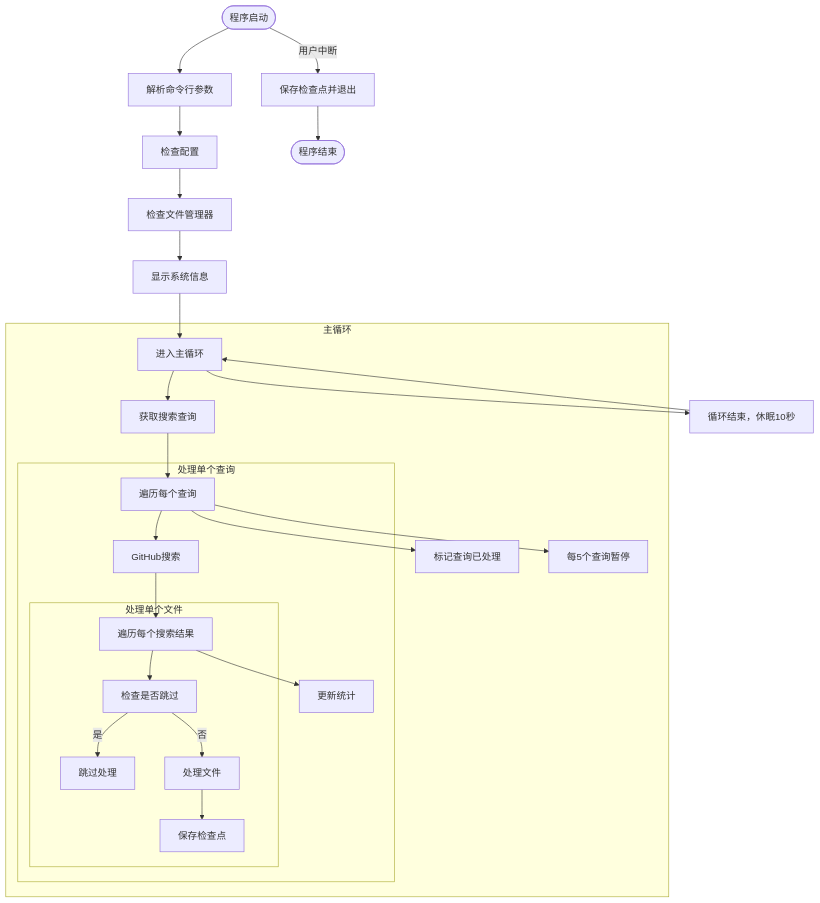
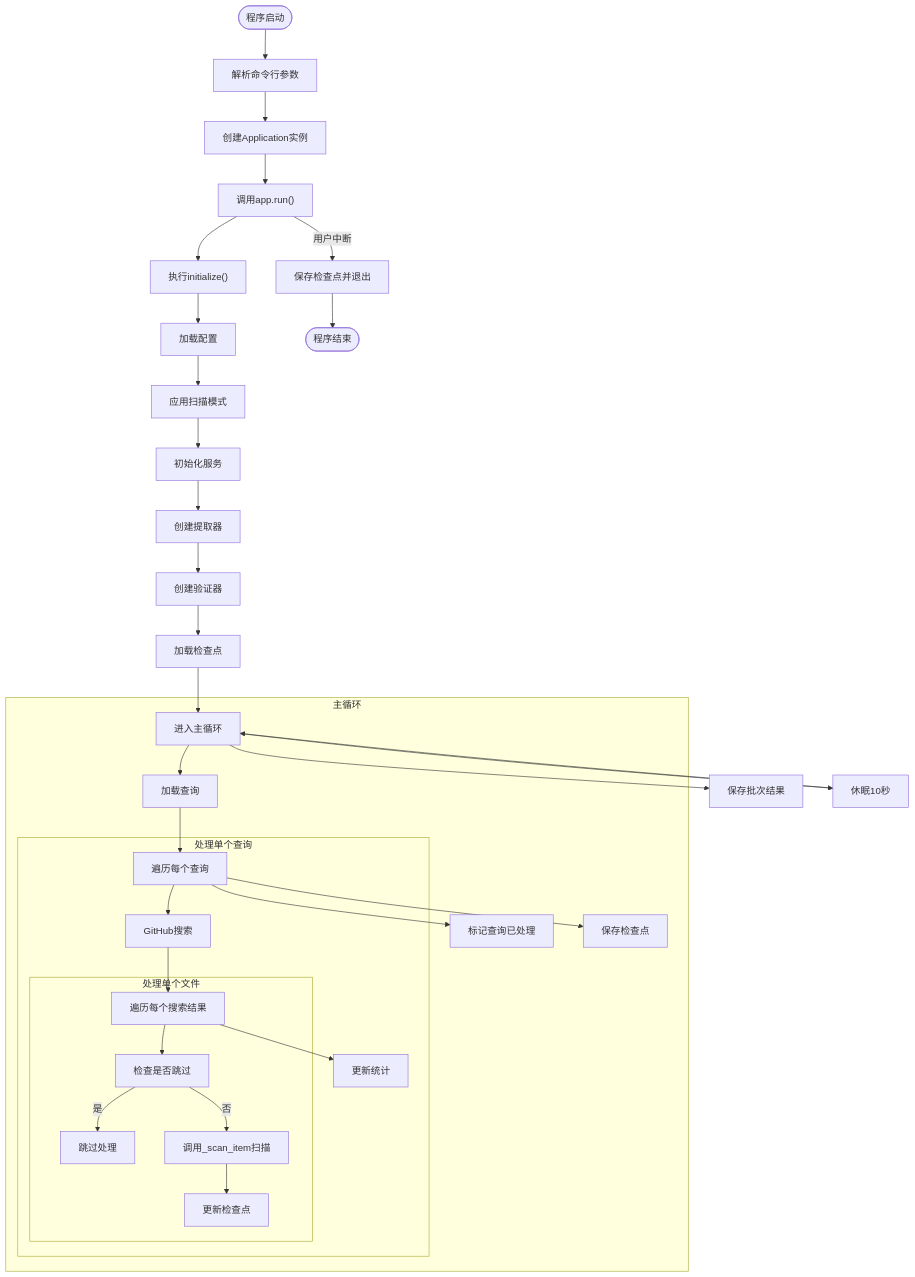
The third of 8 diagrams in .qoder/repowiki/zh/content/开发者指南/代码架构与模块设计/主控制器设计.md (james-6-23/APIKEY-king), drawn with Mermaid before and after one commit. The commit also changed other lines of this file and 49 other files, not shown here.

````diff
--- a/.qoder/repowiki/zh/content/开发者指南/代码架构与模块设计/主控制器设计.md
+++ b/.qoder/repowiki/zh/content/开发者指南/代码架构与模块设计/主控制器设计.md
@@ -112,29 +116,36 @@
 ```mermaid
 flowchart TD
 Start([程序启动]) --> ParseArgs["解析命令行参数"]
-ParseArgs --> CheckConfig["检查配置"]
-CheckConfig --> CheckFileManager["检查文件管理器"]
-CheckFileManager --> ShowInfo["显示系统信息"]
-ShowInfo --> LoopStart["进入主循环"]
+ParseArgs --> CreateApp["创建Application实例"]
+CreateApp --> InitApp["调用app.run()"]
+InitApp --> Initialize["执行initialize()"]
+Initialize --> LoadConfig["加载配置"]
+LoadConfig --> ApplyMode["应用扫描模式"]
+ApplyMode --> InitServices["初始化服务"]
+InitServices --> CreateExtractors["创建提取器"]
+CreateExtractors --> CreateValidators["创建验证器"]
+CreateValidators --> LoadCheckpoint["加载检查点"]
+LoadCheckpoint --> RunLoop["进入主循环"]
 subgraph 主循环
-LoopStart --> GetQueries["获取搜索查询"]
-GetQueries --> ForEachQuery["遍历每个查询"]
+RunLoop --> LoadQueries["加载查询"]
+LoadQueries --> ForEachQuery["遍历每个查询"]
 subgraph 处理单个查询
 ForEachQuery --> Search["GitHub搜索"]
 Search --> ForEachItem["遍历每个搜索结果"]
 subgraph 处理单个文件
 ForEachItem --> ShouldSkip["检查是否跳过"]
 ShouldSkip --> |是| Skip["跳过处理"]
-ShouldSkip --> |否| Process["处理文件"]
-Process --> SaveCheckpoint["保存检查点"]
+ShouldSkip --> |否| ScanContent["调用_scan_item扫描"]
+ScanContent --> UpdateCheckpoint["更新检查点"]
 end
 ForEachItem --> UpdateStats["更新统计"]
 end
-ForEachQuery --> SaveQuery["标记查询已处理"]
-ForEachQuery --> Break["每5个查询暂停"]
+ForEachQuery --> MarkQuery["标记查询已处理"]
+ForEachQuery --> SaveCheckpoint["保存检查点"]
 end
-LoopStart --> Sleep["循环结束，休眠10秒"]
-Sleep --> LoopStart
-Start --> |用户中断| Shutdown["保存检查点并退出"]
+RunLoop --> SaveBatch["保存批次结果"]
+RunLoop --> Sleep["休眠10秒"]
+Sleep --> RunLoop
+InitApp --> |用户中断| Shutdown["保存检查点并退出"]
 Shutdown --> End([程序结束])
 ```
````
